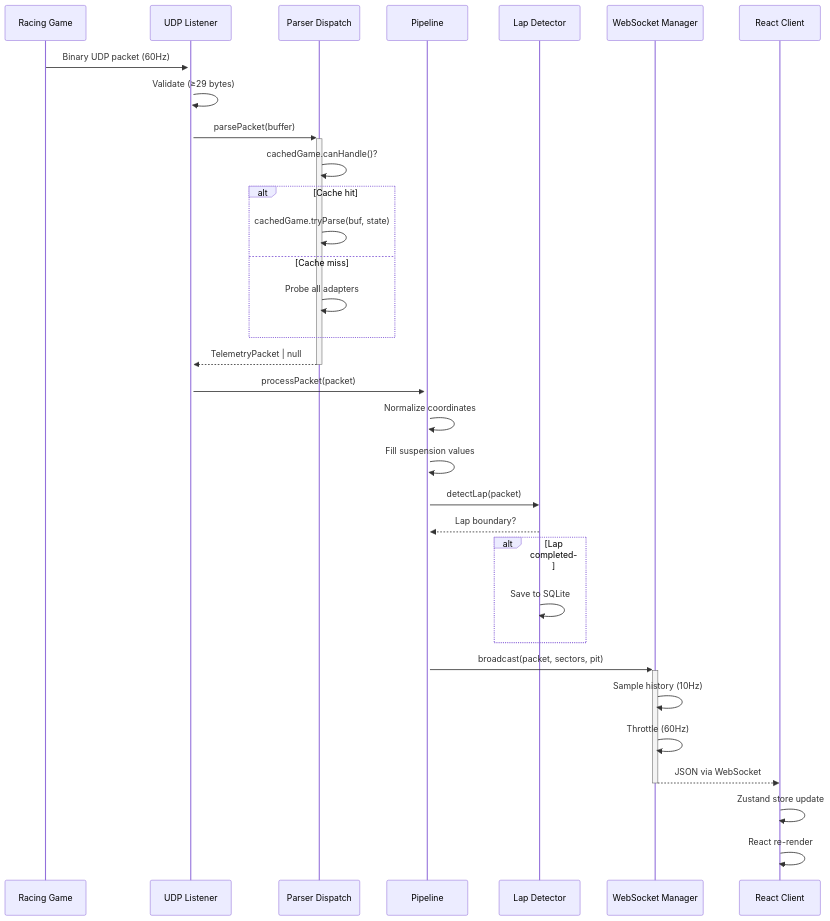
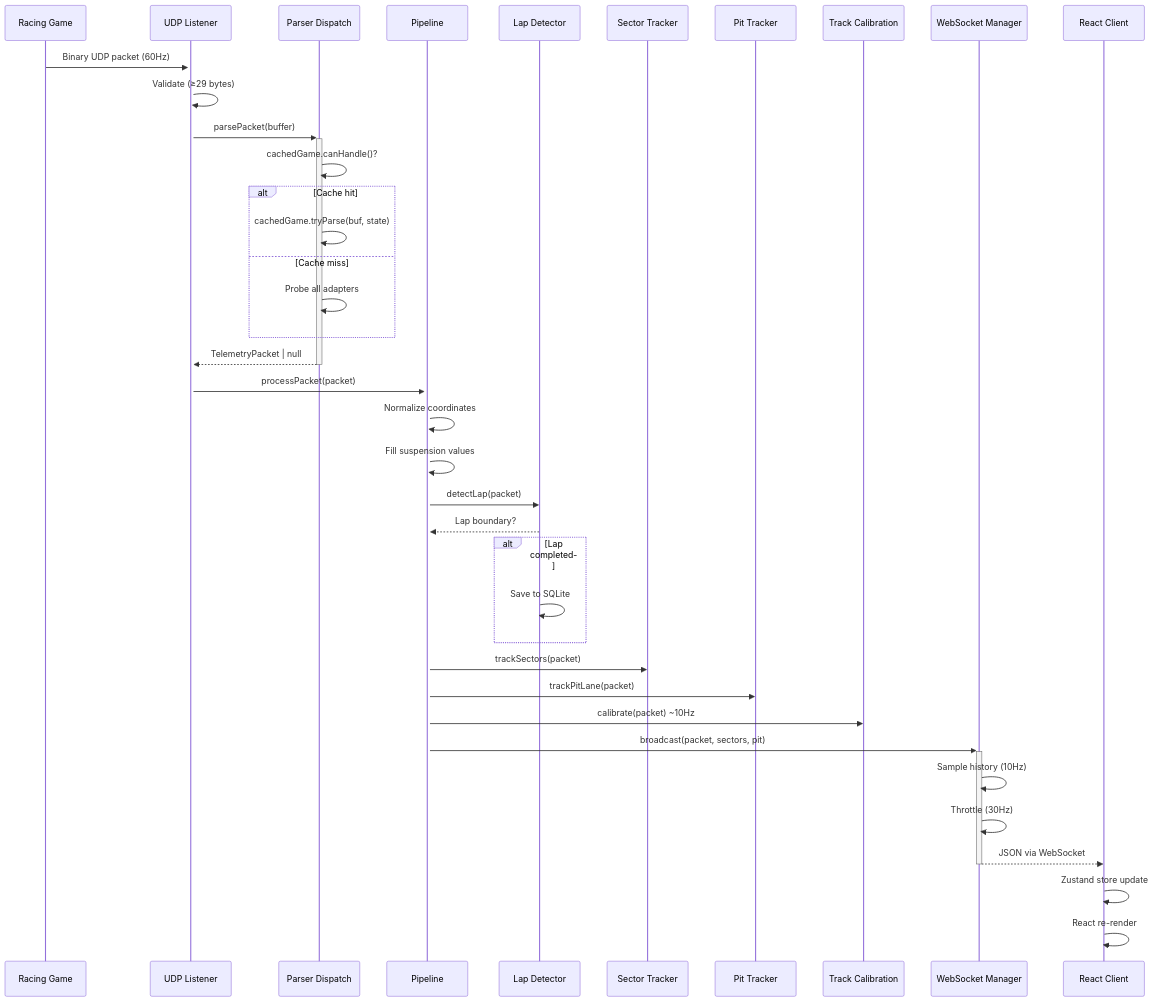
One commit to calebklc/RaceIQ changed the second of 12 diagrams in ARCHITECTURE.md. Above: the diagram before and after it, drawn with Mermaid. The commit also changed other lines of this file, not shown here.

````diff
--- a/ARCHITECTURE.md
+++ b/ARCHITECTURE.md
@@ -61,38 +65,45 @@
 ```mermaid
 sequenceDiagram
     participant Game as Racing Game
     participant UDP as UDP Listener
     participant Parse as Parser Dispatch
     participant Pipe as Pipeline
     participant Lap as Lap Detector
+    participant Sector as Sector Tracker
+    participant Pit as Pit Tracker
+    participant Cal as Track Calibration
     participant WS as WebSocket Manager
     participant Client as React Client
 
     Game->>+UDP: Binary UDP packet (60Hz)
     UDP->>UDP: Validate (≥29 bytes)
     UDP->>+Parse: parsePacket(buffer)
     Parse->>Parse: cachedGame.canHandle()?
     alt Cache hit
         Parse->>Parse: cachedGame.tryParse(buf, state)
     else Cache miss
         Parse->>Parse: Probe all adapters
     end
     Parse-->>-UDP: TelemetryPacket | null
 
     UDP->>+Pipe: processPacket(packet)
     Pipe->>Pipe: Normalize coordinates
     Pipe->>Pipe: Fill suspension values
     Pipe->>Lap: detectLap(packet)
     Lap-->>Pipe: Lap boundary?
 
     alt Lap completed
         Lap->>Lap: Save to SQLite
     end
 
+    Pipe->>Sector: trackSectors(packet)
+    Pipe->>Pit: trackPitLane(packet)
+    Pipe->>Cal: calibrate(packet) ~10Hz
+
     Pipe->>+WS: broadcast(packet, sectors, pit)
     WS->>WS: Sample history (10Hz)
-    WS->>WS: Throttle (60Hz)
+    WS->>WS: Throttle (30Hz)
     WS-->>-Client: JSON via WebSocket
     Client->>Client: Zustand store update
     Client->>Client: React re-render
 ```
````
